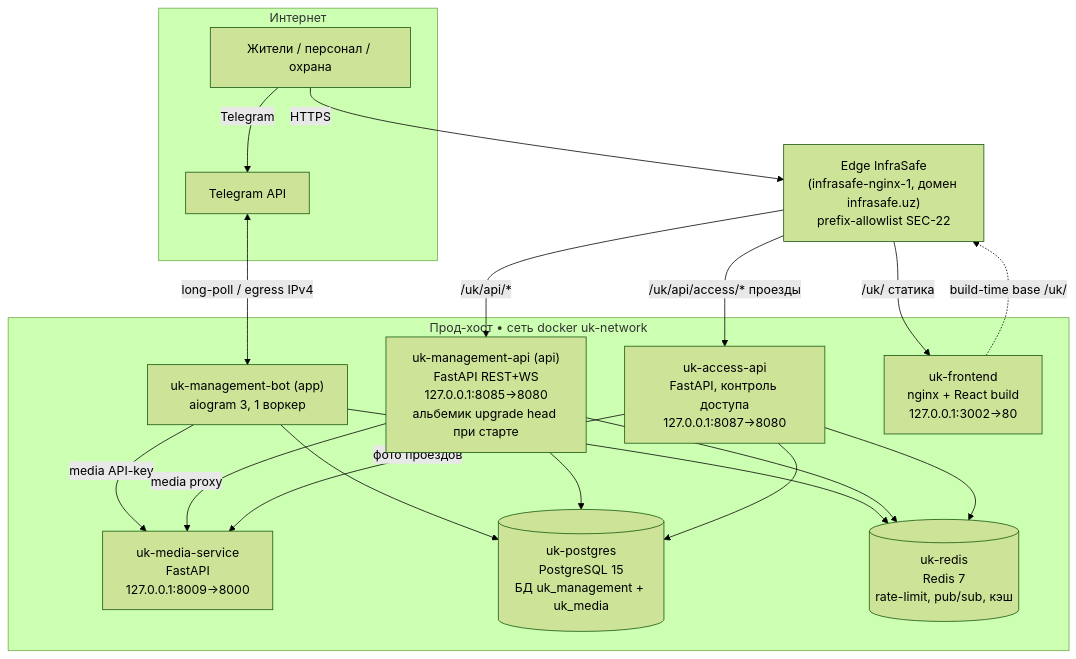
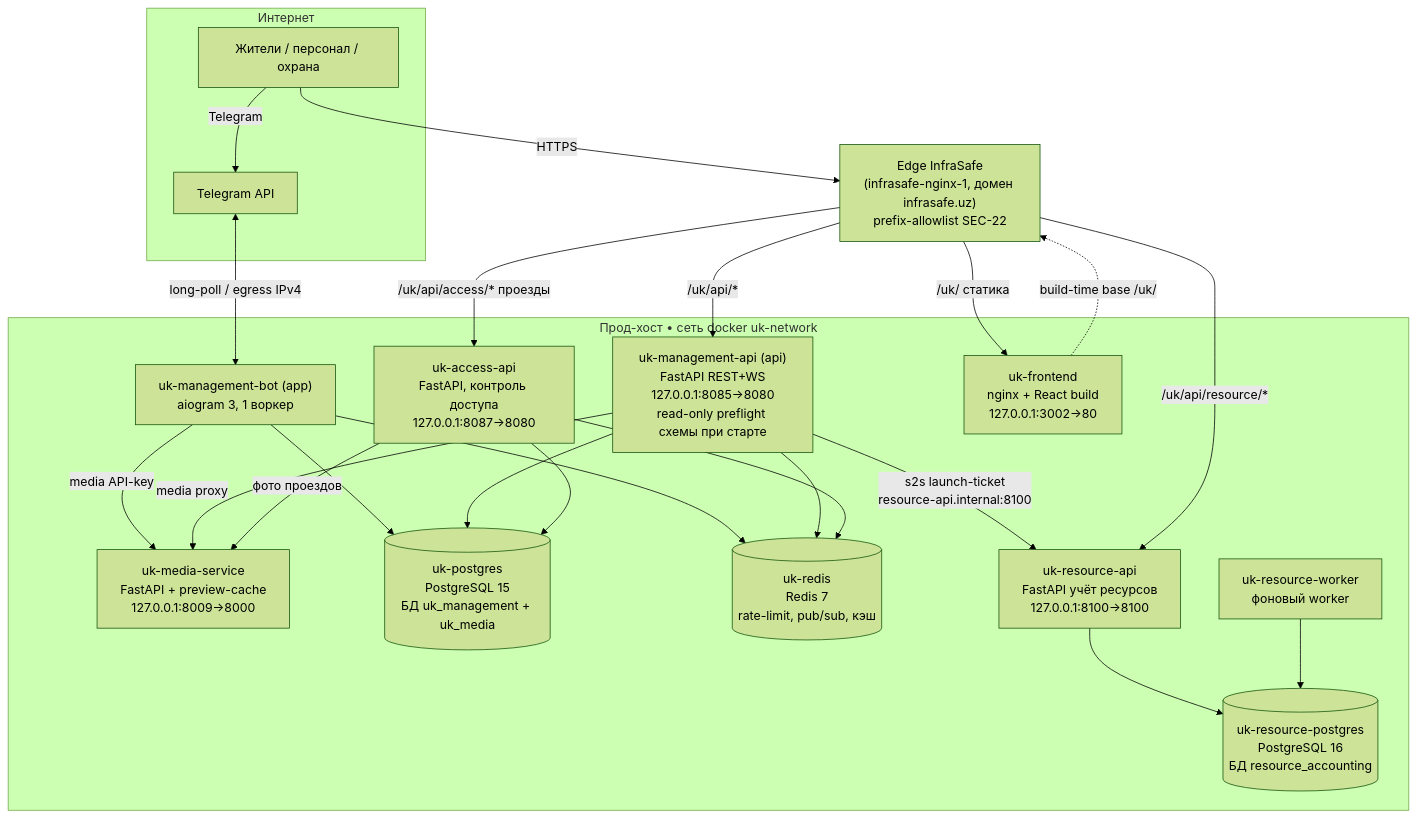
One commit to a-afanasyev/Infrasafe_bot changed the diagram in docs/tech/ARCHITECTURE.md. Above: the diagram before and after it, drawn with Mermaid (forest theme). The commit also changed other lines of this file and 4 other files, not shown here.

First line of the commit message:
docs: актуализировать ARCHITECTURE/API_REFERENCE/AGENTS под реальность (AUD6-P2-54)

````diff
--- a/docs/tech/ARCHITECTURE.md
+++ b/docs/tech/ARCHITECTURE.md
@@ -41,37 +62,44 @@
 ```mermaid
 flowchart TB
     subgraph internet[Интернет]
         tg[Telegram API]
         user[Жители / персонал / охрана]
     end
 
     edge["Edge InfraSafe\n(infrasafe-nginx-1, домен infrasafe.uz)\nprefix-allowlist SEC-22"]
 
     subgraph host[Прод-хост • сеть docker uk-network]
         bot["uk-management-bot (app)\naiogram 3, 1 воркер"]
-        api["uk-management-api (api)\nFastAPI REST+WS\n127.0.0.1:8085→8080\nальбемик upgrade head при старте"]
+        api["uk-management-api (api)\nFastAPI REST+WS\n127.0.0.1:8085→8080\nread-only preflight схемы при старте"]
         access["uk-access-api\nFastAPI, контроль доступа\n127.0.0.1:8087→8080"]
         front["uk-frontend\nnginx + React build\n127.0.0.1:3002→80"]
-        media["uk-media-service\nFastAPI\n127.0.0.1:8009→8000"]
+        media["uk-media-service\nFastAPI + preview-cache\n127.0.0.1:8009→8000"]
         pg[("uk-postgres\nPostgreSQL 15\nБД uk_management + uk_media")]
         redis[("uk-redis\nRedis 7\nrate-limit, pub/sub, кэш")]
+        rapi["uk-resource-api\nFastAPI учёт ресурсов\n127.0.0.1:8100→8100"]
+        rworker["uk-resource-worker\nфоновый worker"]
+        rpg[("uk-resource-postgres\nPostgreSQL 16\nБД resource_accounting")]
     end
 
     user -->|HTTPS| edge
     user -->|Telegram| tg
     tg <-->|long-poll / egress IPv4| bot
     edge -->|/uk/ статика| front
     edge -->|/uk/api/*| api
     edge -->|/uk/api/access/* проезды| access
 
     bot --> pg
     bot --> redis
     bot -->|media API-key| media
     api --> pg
     api --> redis
     api -->|media proxy| media
     access --> pg
     access --> redis
     access -->|фото проездов| media
+    api -->|s2s launch-ticket\nresource-api.internal:8100| rapi
+    edge -->|/uk/api/resource/*| rapi
+    rapi --> rpg
+    rworker --> rpg
     front -.->|build-time base /uk/| edge
 ```
````
